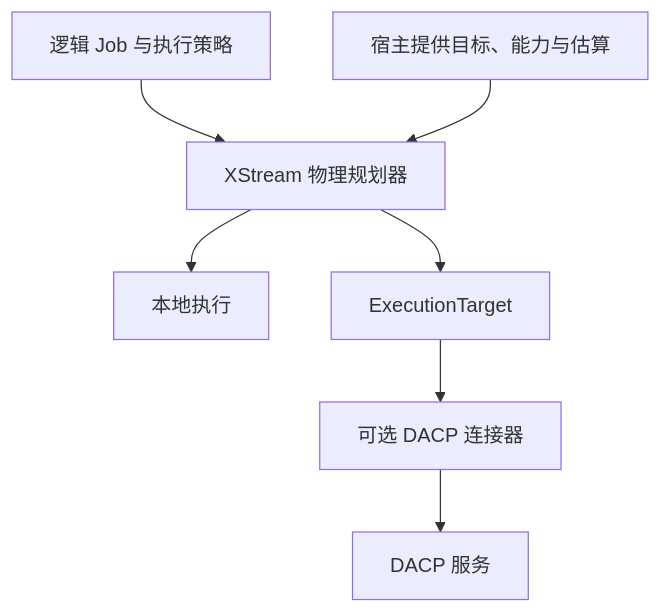
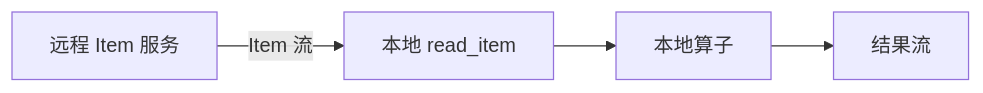
Before and after one commit to rdcn-link/xstream-codex: the diagram in docs/execution-targets_zh.md, drawn with Mermaid. The commit also changed other lines of this file and 98 other files, not shown here.

````diff
--- a/docs/execution-targets_zh.md
+++ b/docs/execution-targets_zh.md
@@ -11,9 +5,5 @@
 ```mermaid
-flowchart TD
-    J[逻辑 Job 与执行策略] --> P[XStream 物理规划器]
-    H[宿主提供目标、能力与估算] --> P
-    P --> L[本地执行]
-    P --> T[ExecutionTarget]
-    T --> D[可选 DACP 连接器]
-    D --> S[DACP 服务]
+flowchart LR
+  R[远程 Item 服务] -->|Item 流| Read[本地 read_item]
+  Read --> Process[本地算子] --> Result[结果流]
 ```
````
